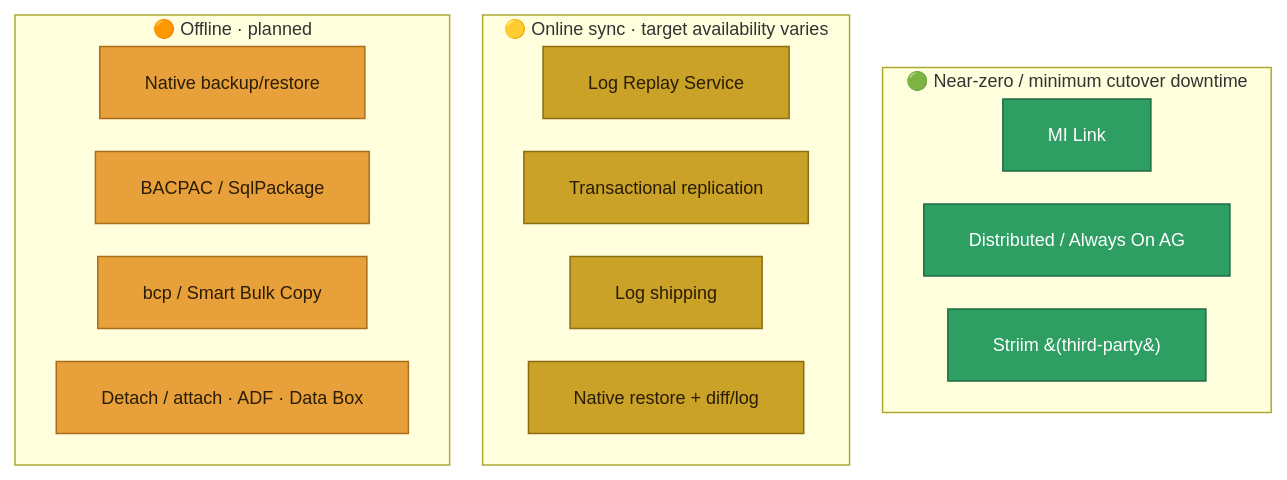
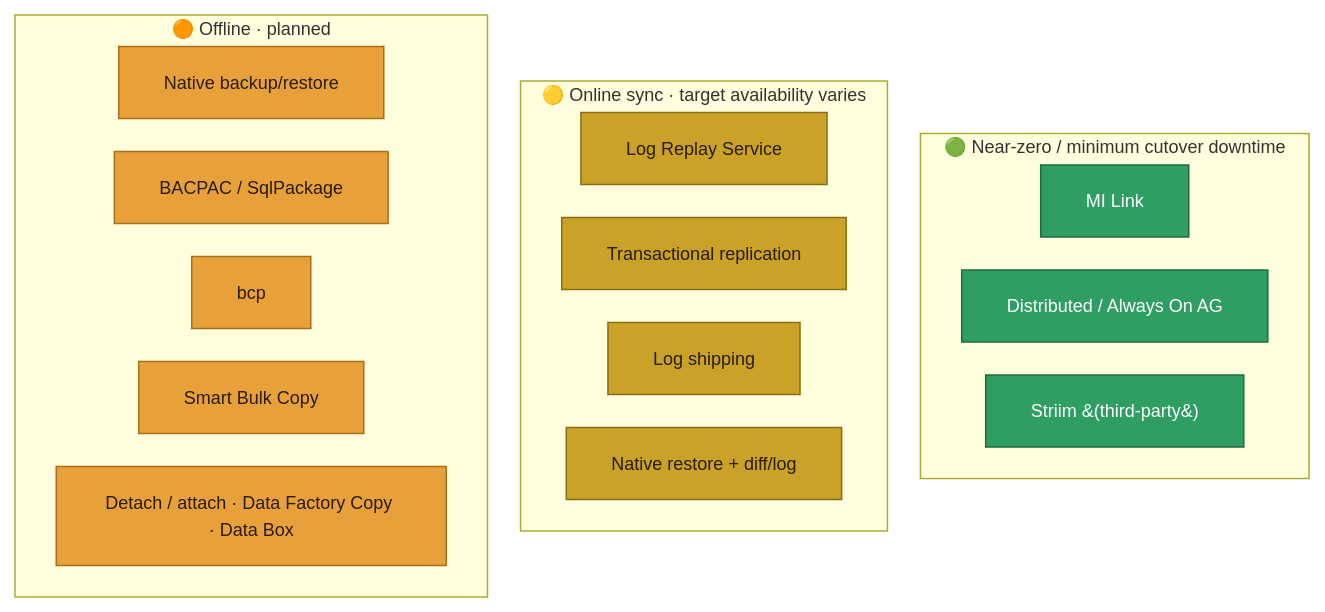
Before and after one commit to fredgis/sql-migration-advisor: the third of 4 diagrams in docs/sql-server-to-azure-migration.md, drawn with Mermaid.

Commit message:
Split the fused method labels the downtime diagram still carried
Section 8 stopped fusing bcp with Smart Bulk Copy in v2.7.0, because the two
tools do not have the same support and the shared row claimed Arc-enabled SQL MI
and container support on behalf of an archived sample. The downtime diagram in
section 7 still carried the old fused label, so the document contradicted itself
in the one place a reader goes to choose a method by cutover window.

The downtime classification does not change: bcp, Smart Bulk Copy and Data
Factory Copy are all offline planned methods. Only the labels split, and ADF
becomes Data Factory Copy so the diagram uses the same name as the matrix it is
derived from.

Rendered to confirm the six-node group still lays out.

````diff
--- a/docs/sql-server-to-azure-migration.md
+++ b/docs/sql-server-to-azure-migration.md
@@ -282,27 +282,28 @@
 ```mermaid
 %%{init: {'flowchart': {'nodeSpacing': 22, 'rankSpacing': 30}, 'themeVariables': {'fontSize': '12px'}}}%%
 flowchart TB
     subgraph NZ["🟢 Near-zero / minimum cutover downtime"]
         N1[MI Link]
         N2[Distributed / Always On AG]
         N3[Striim &#40;third-party&#41;]
     end
     subgraph ONSYNC["🟡 Online sync · target availability varies"]
         L0[Log Replay Service]
         L1[Transactional replication]
         L2[Log shipping]
         L3[Native restore + diff/log]
     end
     subgraph OFF["🟠 Offline · planned"]
         F1[Native backup/restore]
         F3[BACPAC / SqlPackage]
-        F4[bcp / Smart Bulk Copy]
-        F5[Detach / attach · ADF · Data Box]
+        F4[bcp]
+        F5[Smart Bulk Copy]
+        F6[Detach / attach · Data Factory Copy · Data Box]
     end
     classDef nz fill:#2E9E63,stroke:#1F6B43,color:#fff;
     classDef mn fill:#C9A227,stroke:#8A6D10,color:#2a1c05;
     classDef of fill:#E8A13A,stroke:#A86E18,color:#2a1c05;
     class N1,N2,N3 nz;
     class L0,L1,L2,L3 mn;
-    class F1,F3,F4,F5 of;
+    class F1,F3,F4,F5,F6 of;
 ```
````
